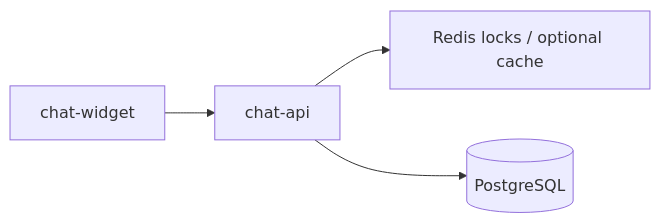
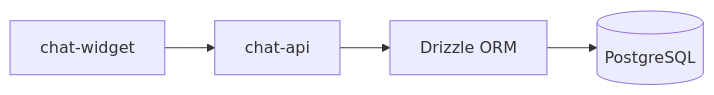
Before and after one commit to mohsin-shaikh/mcp-server: the diagram in docs/chat-conversation-storage-plan.md, drawn with Mermaid. The commit also changed other lines of this file and 2 other files, not shown here.

````diff
--- a/docs/chat-conversation-storage-plan.md
+++ b/docs/chat-conversation-storage-plan.md
@@ -75,11 +85,11 @@
 ```mermaid
 flowchart LR
   Widget[chat-widget]
   API[chat-api]
-  Lock[Redis locks / optional cache]
+  Drizzle[Drizzle ORM]
   DB[(PostgreSQL)]
 
   Widget --> API
-  API --> Lock
-  API --> DB
+  API --> Drizzle
+  Drizzle --> DB
 ```
````
